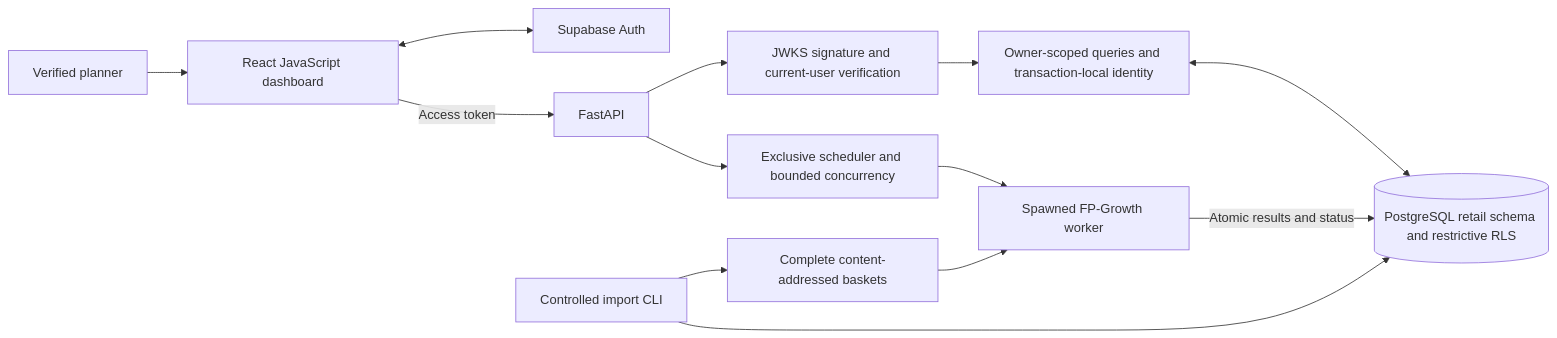
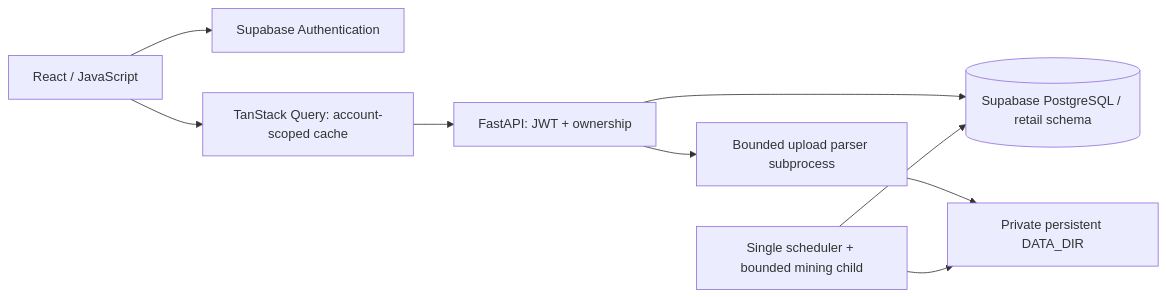
The diagram in docs/architecture.md (sanket-jadhav-cse/RETAIL-STORE-LAYOUT-OPTIMIZER), drawn with Mermaid before and after one commit. The commit also changed other lines of this file and 91 other files, not shown here.

````diff
--- a/docs/architecture.md
+++ b/docs/architecture.md
@@ -7,15 +7,11 @@
 ```mermaid
 flowchart LR
-  U[Verified planner] --> F[React JavaScript dashboard]
-  F <--> S[Supabase Auth]
-  F -->|Access token| A[FastAPI]
-  A --> J[JWKS signature and current-user verification]
-  J --> O[Owner-scoped queries and transaction-local identity]
-  O <--> D[(PostgreSQL retail schema and restrictive RLS)]
-  A --> Q[Exclusive scheduler and bounded concurrency]
-  Q --> W[Spawned FP-Growth worker]
-  B[Complete content-addressed baskets] --> W
-  W -->|Atomic results and status| D
-  I[Controlled import CLI] --> B
-  I --> D
+  Browser[React / JavaScript] --> Auth[Supabase Authentication]
+  Browser --> Query[TanStack Query: account-scoped cache]
+  Query --> API[FastAPI: JWT + ownership]
+  API --> DB[(Supabase PostgreSQL / retail schema)]
+  API --> Parser[Bounded upload parser subprocess]
+  Parser --> Files[Private persistent DATA_DIR]
+  Worker[Single scheduler + bounded mining child] --> Files
+  Worker --> DB
 ```
````
